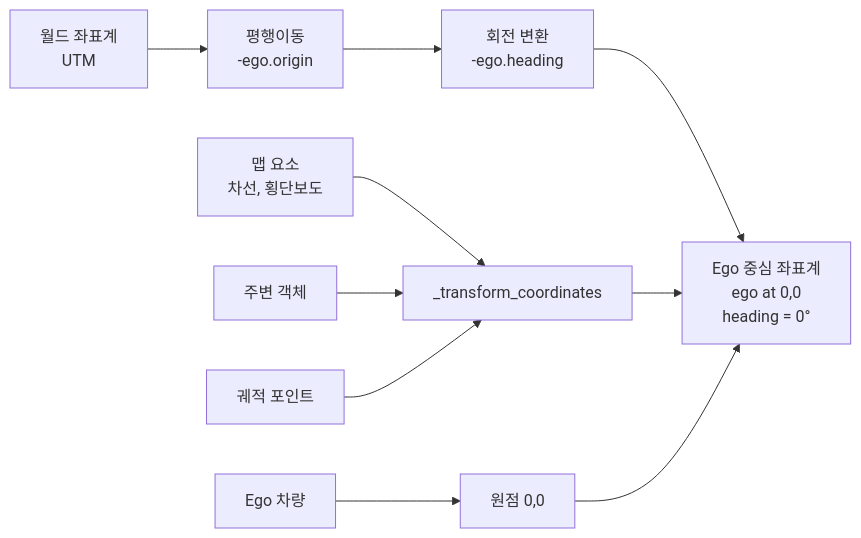
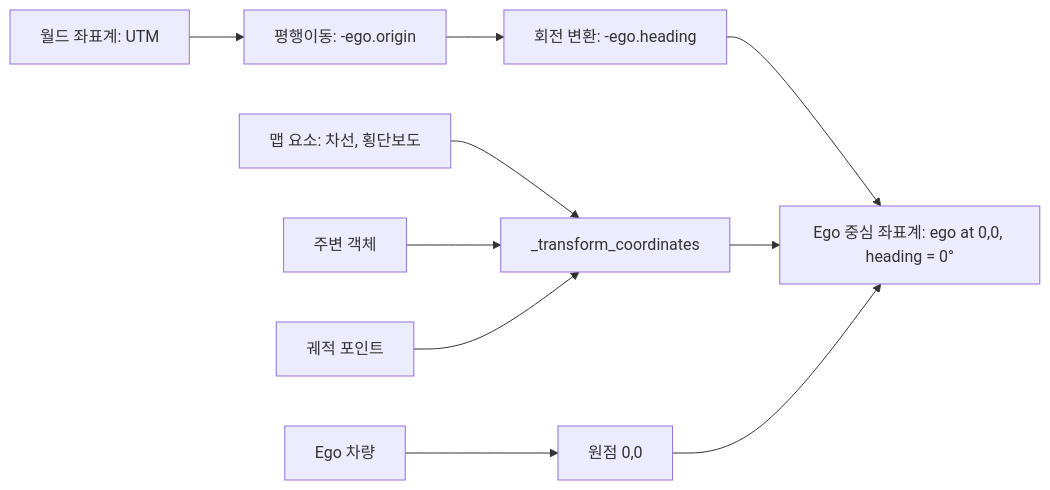
One commit to etri/ad_scenario_classifier changed the second of 2 diagrams in doc/06_visualization.md. Above: the diagram before and after it, drawn with Mermaid. The commit also changed other lines of this file and 5 other files, not shown here.

````diff
--- a/doc/06_visualization.md
+++ b/doc/06_visualization.md
@@ -152,14 +152,14 @@
 ```mermaid
 flowchart LR
-    A[월드 좌표계<br/>UTM] --> B[평행이동<br/>-ego.origin]
-    B --> C[회전 변환<br/>-ego.heading]
-    C --> D[Ego 중심 좌표계<br/>ego at 0,0<br/>heading = 0°]
+    A["월드 좌표계: UTM"] --> B["평행이동: -ego.origin"]
+    B --> C["회전 변환: -ego.heading"]
+    C --> D["Ego 중심 좌표계: ego at 0,0, heading = 0°"]
     
-    E[맵 요소<br/>차선, 횡단보도] --> F[_transform_coordinates]
+    E["맵 요소: 차선, 횡단보도"] --> F[_transform_coordinates]
     G[Ego 차량] --> H[원점 0,0]
     I[주변 객체] --> F
     J[궤적 포인트] --> F
     
     F --> D
     H --> D
 ```
````
